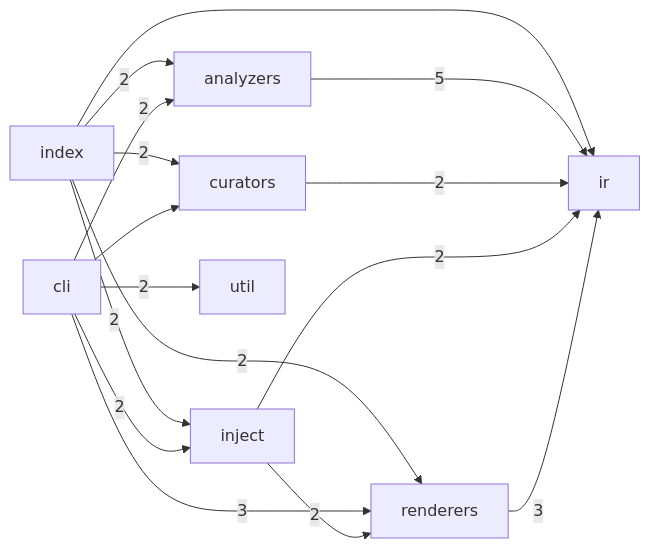
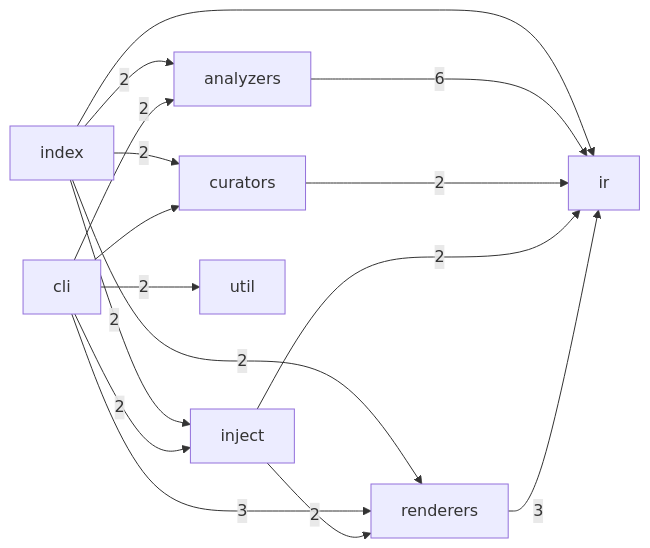
The diagram in docs/diagrams/architecture.md (BoxPistols/repolore), drawn with Mermaid before and after one commit. The commit also changed other lines of this file and 13 other files, not shown here.

First line of the commit message:
feat: Phase 2.5 — architecture × git-history fusion (v0.5.0-alpha.0)

````diff
--- a/docs/diagrams/architecture.md
+++ b/docs/diagrams/architecture.md
@@ -11,26 +11,26 @@
 ```mermaid
 flowchart LR
     index["index"]
     analyzers["analyzers"]
     cli["cli"]
     curators["curators"]
     inject["inject"]
     ir["ir"]
     renderers["renderers"]
     util["util"]
     index -->|"2"| analyzers
     index -->|"2"| renderers
     index -->|"2"| inject
     index -->|"2"| curators
     index --> ir
-    analyzers -->|"5"| ir
+    analyzers -->|"6"| ir
     cli -->|"2"| analyzers
     cli -->|"3"| renderers
     cli -->|"2"| inject
     cli -->|"2"| util
     cli --> curators
     curators -->|"2"| ir
     inject -->|"2"| ir
     inject -->|"2"| renderers
     renderers -->|"3"| ir
 ```
````
